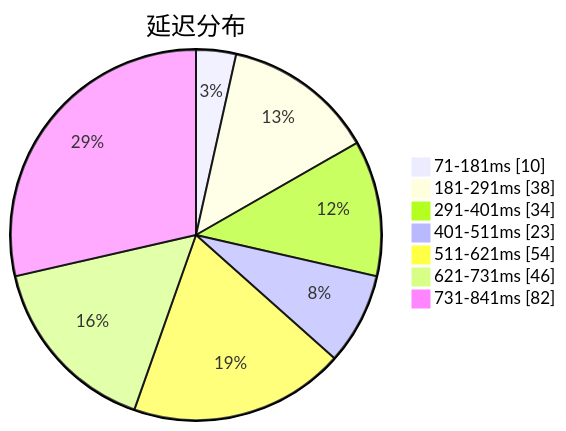
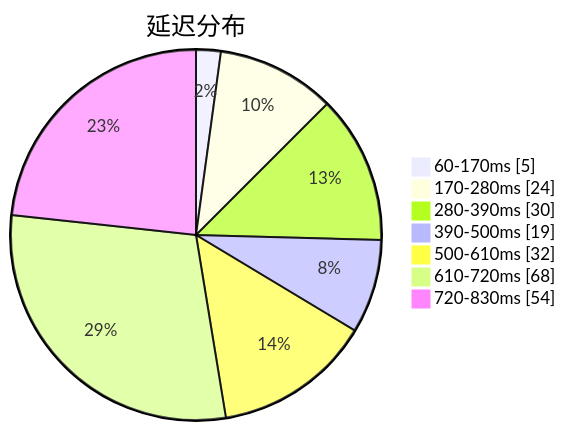
Before and after one commit to sinspired/airport: the first of 3 diagrams in subs/statistics/tested_within.md, drawn with Mermaid. The commit also changed other lines of this file and 2 other files, not shown here.

````diff
--- a/subs/statistics/tested_within.md
+++ b/subs/statistics/tested_within.md
@@ -2,11 +2,11 @@
 ```mermaid
 pie showData
 title 延迟分布
-"71-181ms" : 10
-"181-291ms" : 38
-"291-401ms" : 34
-"401-511ms" : 23
-"511-621ms" : 54
-"621-731ms" : 46
-"731-841ms" : 82
+"60-170ms" : 5
+"170-280ms" : 24
+"280-390ms" : 30
+"390-500ms" : 19
+"500-610ms" : 32
+"610-720ms" : 68
+"720-830ms" : 54
 ```
````
